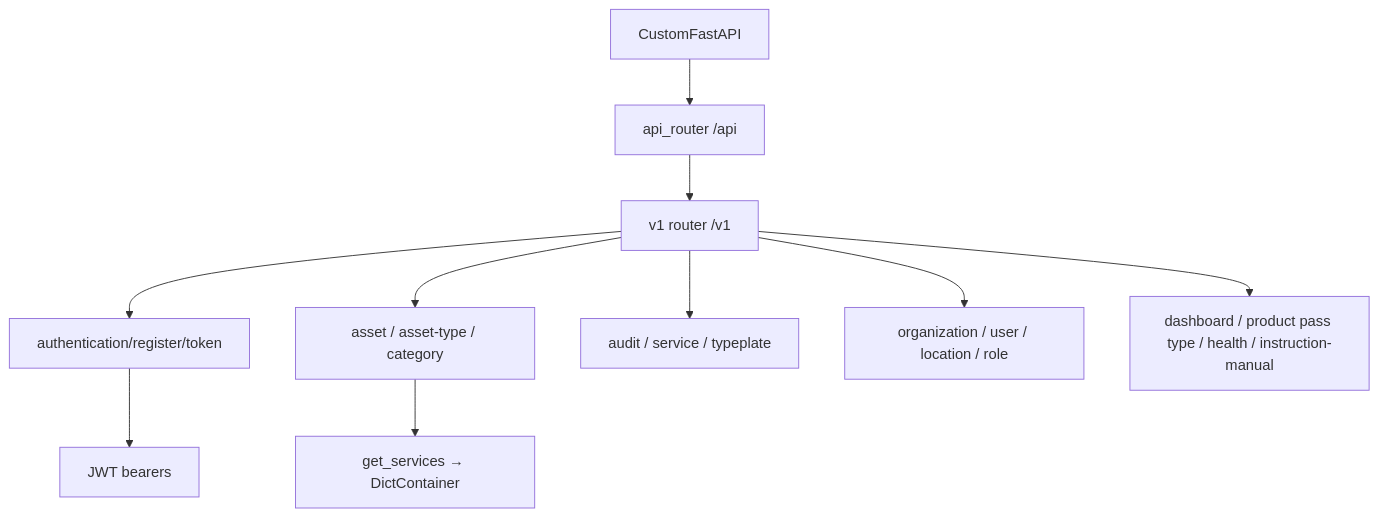
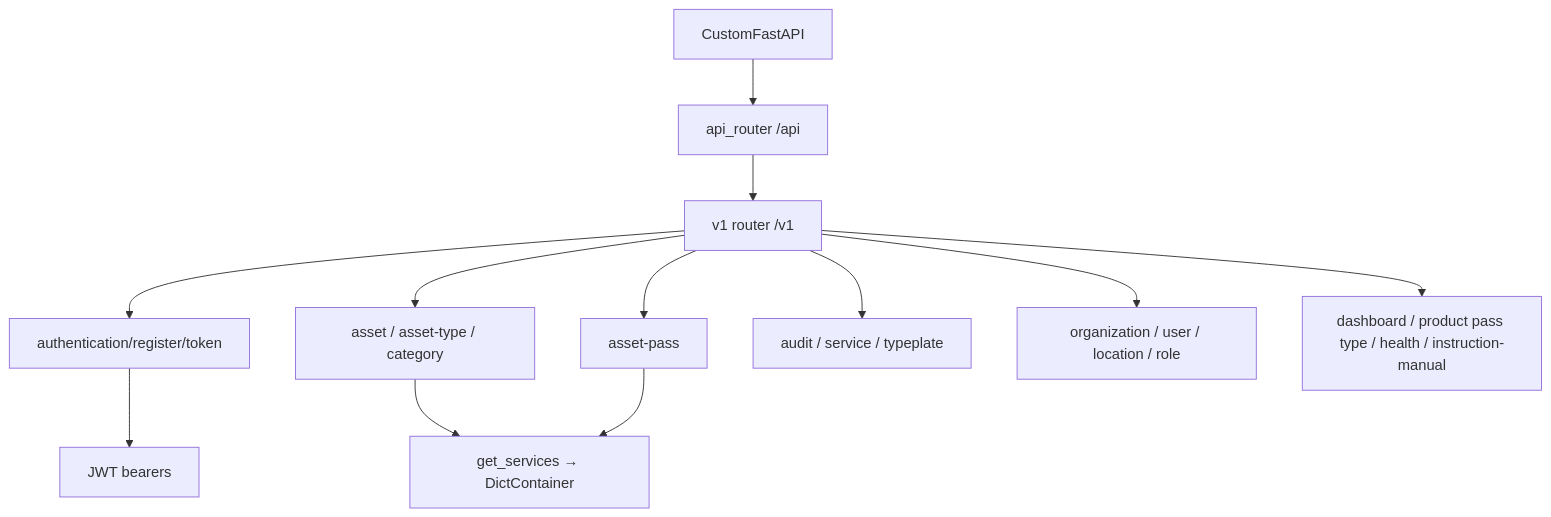
The first of 3 diagrams in docs/wiki/api-endpoints.md (Tap2Cloud/backend-public), drawn with Mermaid before and after one commit. The commit also changed other lines of this file and 7 other files, not shown here.

````diff
--- a/docs/wiki/api-endpoints.md
+++ b/docs/wiki/api-endpoints.md
@@ -9,12 +9,14 @@
 ```mermaid
 graph TD
   Main[CustomFastAPI] --> ApiRouter[api_router /api]
   ApiRouter --> V1[v1 router /v1]
   V1 --> Auth[authentication/register/token]
   V1 --> AssetR[asset / asset-type / category]
+  V1 --> PassR[asset-pass]
   V1 --> AuditR[audit / service / typeplate]
   V1 --> OrgR[organization / user / location / role]
   V1 --> Misc[dashboard / product pass type / health / instruction-manual]
   Auth --> Sec[JWT bearers]
   AssetR --> Svc[get_services → DictContainer]
+  PassR --> Svc
 ```
````
